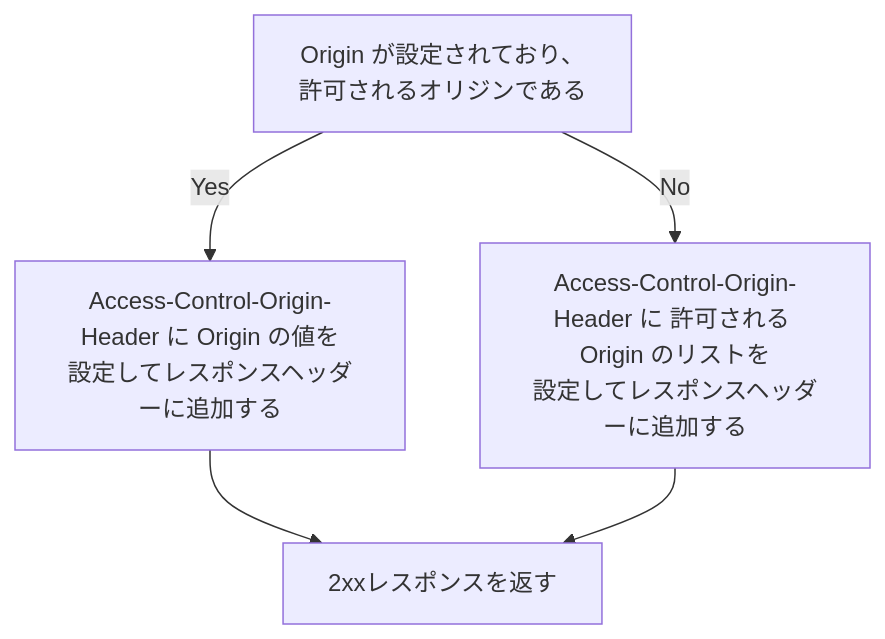
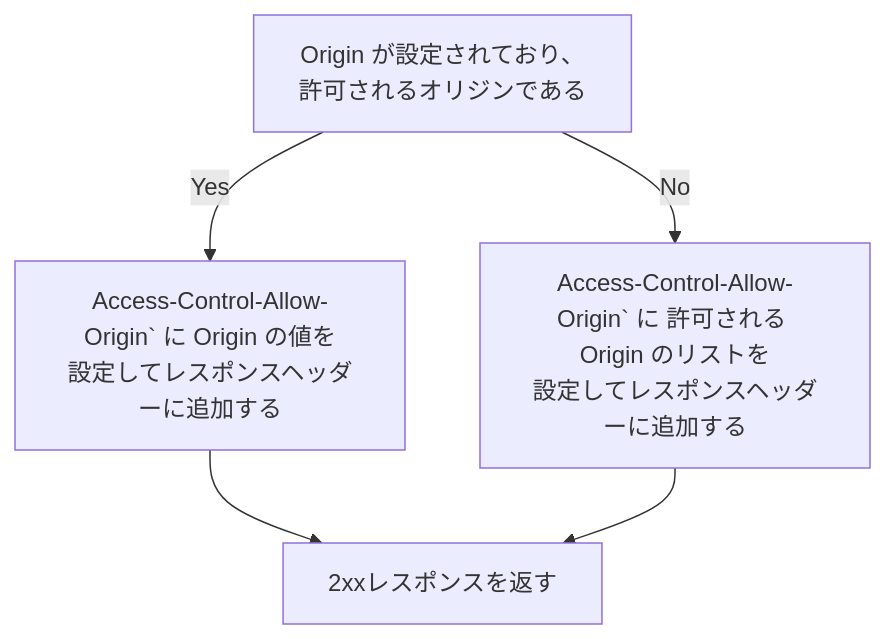
One commit to zeek0x/cors-handson changed the second of 4 diagrams in README.md. Above: the diagram before and after it, drawn with Mermaid. The commit also changed other lines of this file and 1 other file, not shown here.

````diff
--- a/README.md
+++ b/README.md
@@ -171,11 +180,11 @@
 ```mermaid
 flowchart
 
 A["Origin が設定されており、\n許可されるオリジンである"]
-B[Access-Control-Origin-Header に Origin の値を\n設定してレスポンスヘッダーに追加する]
-C[Access-Control-Origin-Header に 許可される Origin のリストを\n設定してレスポンスヘッダーに追加する]
+B[Access-Control-Allow-Origin` に Origin の値を\n設定してレスポンスヘッダーに追加する]
+C[Access-Control-Allow-Origin` に 許可される Origin のリストを\n設定してレスポンスヘッダーに追加する]
 D[2xxレスポンスを返す]
 
 A -- Yes --> B --> D
 A -- No --> C --> D
 ```
````
